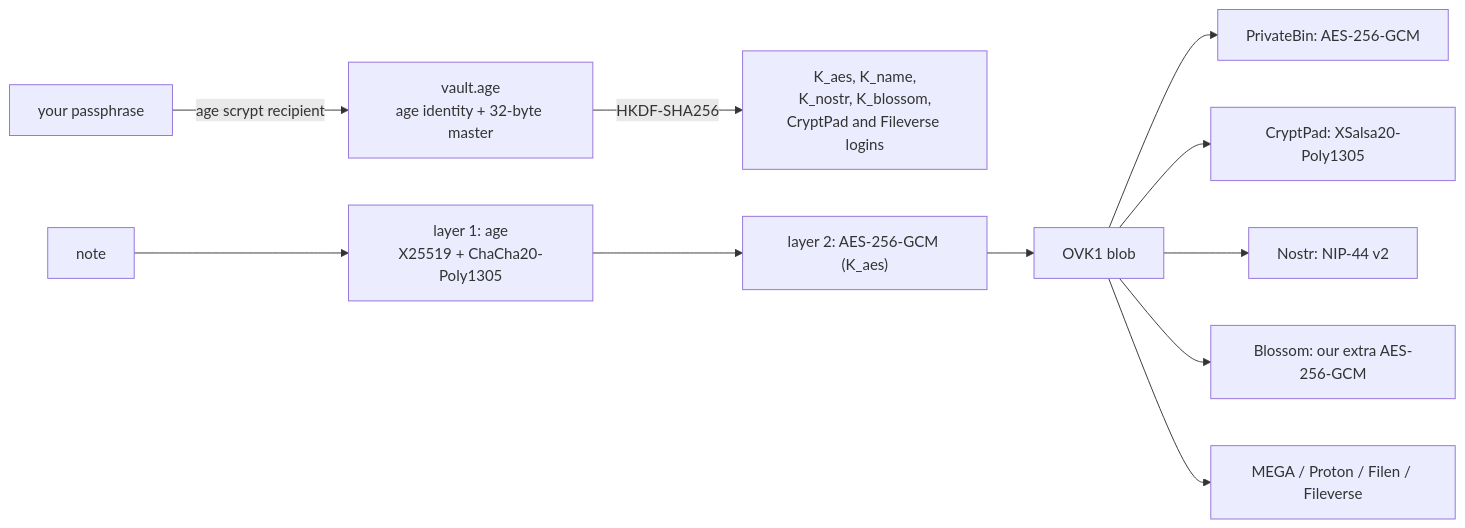
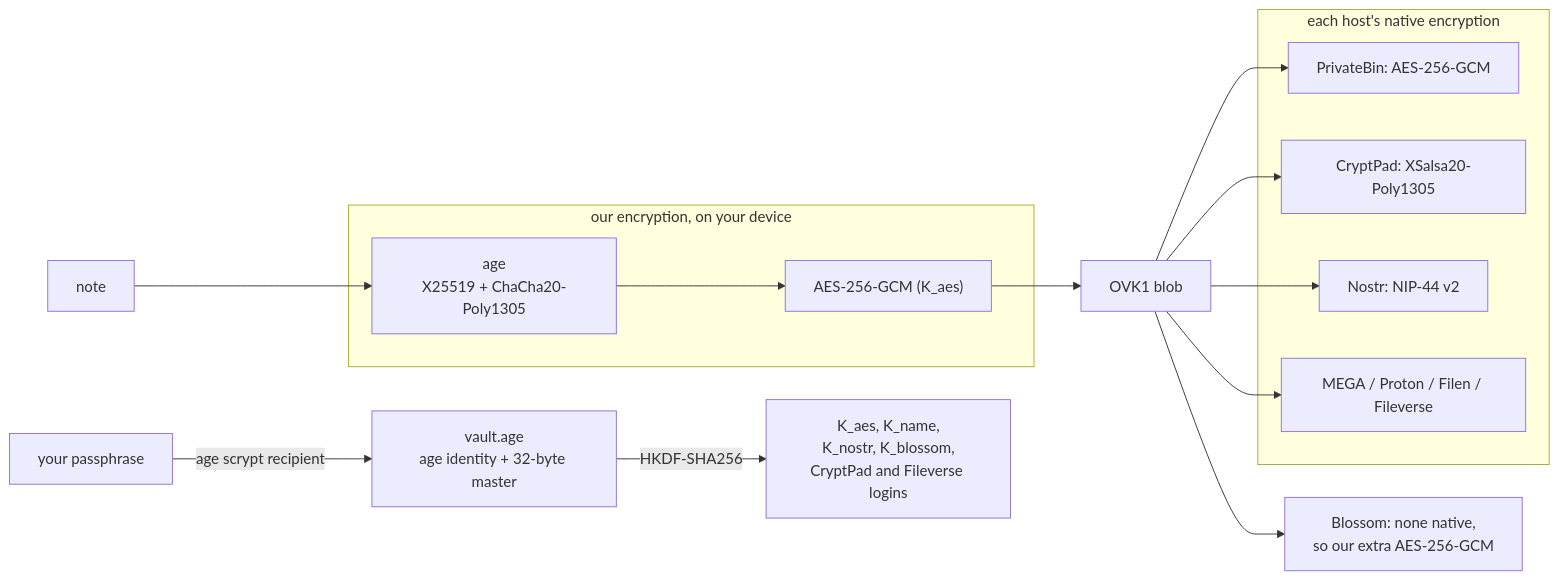
The diagram in README.md (GaussRun/super-secret-notes), drawn with Mermaid before and after one commit. The commit also changed other lines of this file and 11 other files, not shown here.

Commit message:
Diagram and copy: our encryption, then each host's native encryption

````diff
--- a/README.md
+++ b/README.md
@@ -275,7 +278,18 @@
 ```mermaid
 flowchart LR
   P[your passphrase] -- "age scrypt recipient" --> V["vault.age<br/>age identity + 32-byte master"]
   V -- "HKDF-SHA256" --> K["K_aes, K_name,<br/>K_nostr, K_blossom,<br/>CryptPad and Fileverse logins"]
-  N[note] --> L1["layer 1: age<br/>X25519 + ChaCha20-Poly1305"] --> L2["layer 2: AES-256-GCM (K_aes)"] --> B["OVK1 blob"]
-  B --> H1[PrivateBin: AES-256-GCM] & H2[CryptPad: XSalsa20-Poly1305] & H3[Nostr: NIP-44 v2] & H4[Blossom: our extra AES-256-GCM] & H5[MEGA / Proton / Filen / Fileverse]
+  subgraph ours["our encryption, on your device"]
+    L1["age<br/>X25519 + ChaCha20-Poly1305"] --> L2["AES-256-GCM (K_aes)"]
+  end
+  subgraph native["each host's native encryption"]
+    H1[PrivateBin: AES-256-GCM]
+    H2[CryptPad: XSalsa20-Poly1305]
+    H3[Nostr: NIP-44 v2]
+    H5[MEGA / Proton / Filen / Fileverse]
+  end
+  N[note] --> L1
+  L2 --> B["OVK1 blob"]
+  B --> H1 & H2 & H3 & H5
+  B --> H4["Blossom: none native,<br/>so our extra AES-256-GCM"]
 ```
````
